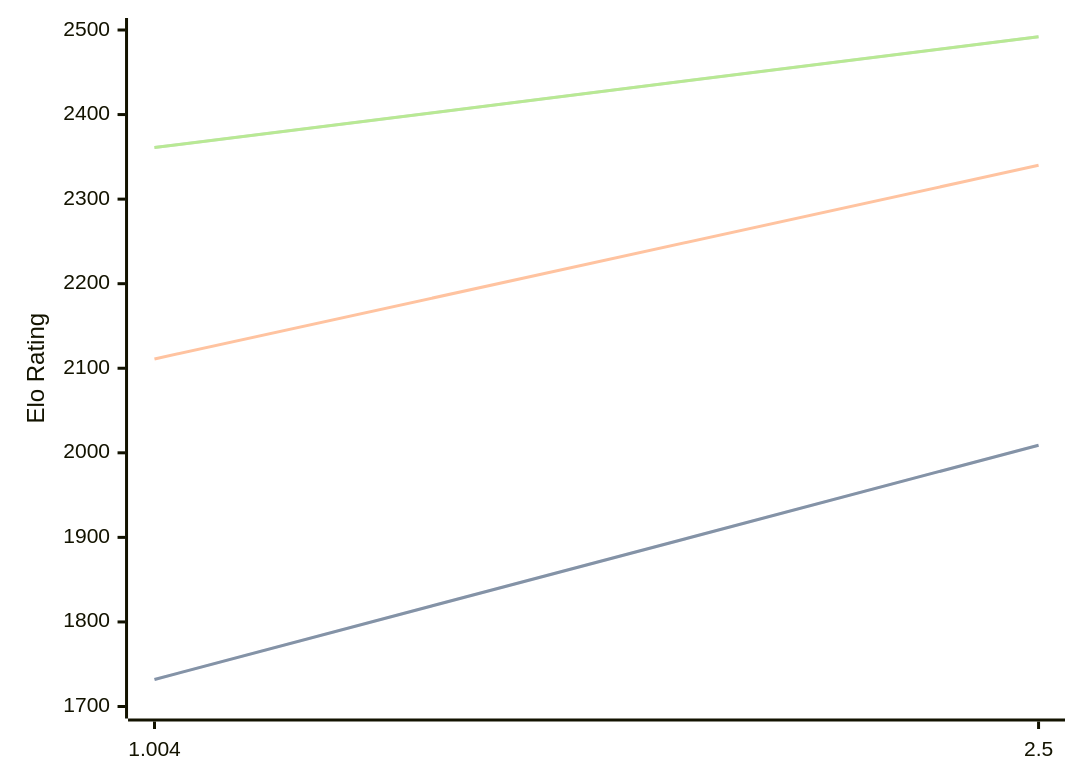
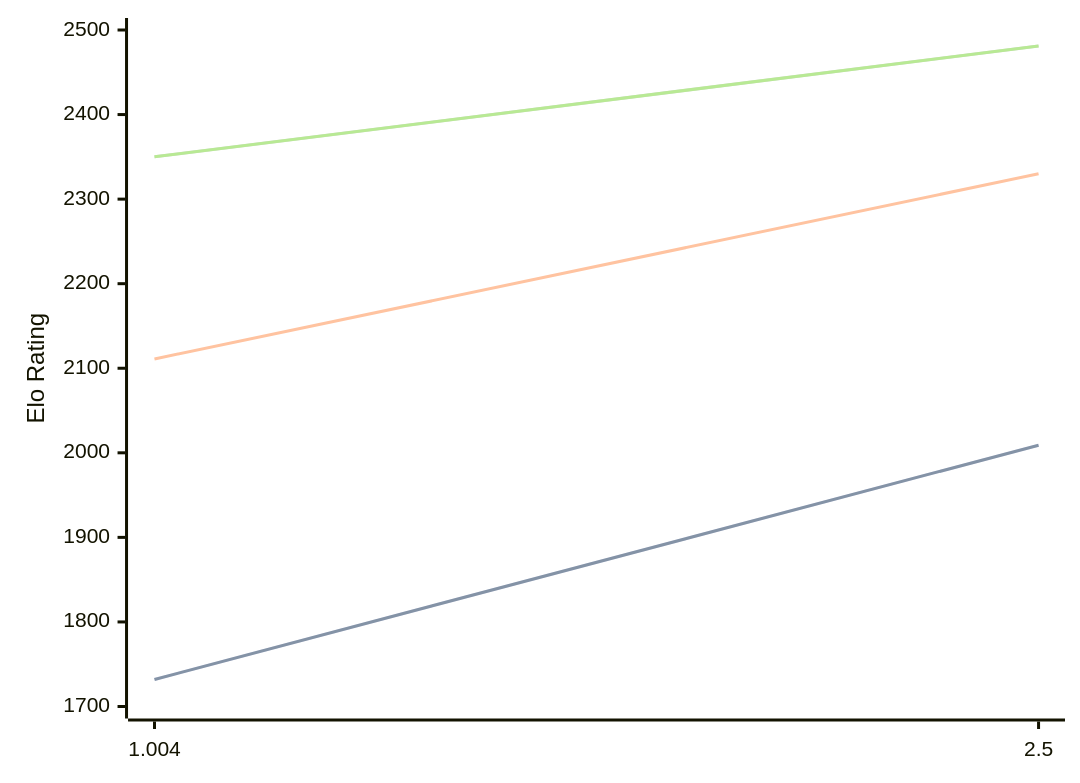
The diagram in engines/Ares.md (computer-chess-index/cci), drawn with Mermaid before and after one commit. The commit also changed other lines of this file, not shown here.

Commit message:
Update CCI Ratings (ELO VLTC) - 2026-03-19

````diff
--- a/engines/Ares.md
+++ b/engines/Ares.md
@@ -30,11 +30,11 @@
 ```mermaid
 %%{init: {"theme":"base","themeVariables":{"seriesColors:['#a3a3a3','#222221','#faa371']}}}%%
 xychart-beta
   x-axis ["1.004", "2.5"]
   y-axis "Elo Rating" 1700 --> 2500
   line "STC (8.0+0.08s)" [1732, 2009]
   line "STC (8.0+0.08s)" [1732, 2009]
-  line "LTC (60.0+0.60s)" [2111, 2340]
-  line "VLTC (2m24s+1.12s)" [2361, 2492]
-  line "VLTC (2m24s+1.12s)" [2361, 2492]
+  line "LTC (60.0+0.60s)" [2111, 2330]
+  line "VLTC (2m24s+1.12s)" [2350, 2481]
+  line "VLTC (2m24s+1.12s)" [2350, 2481]
 ```
````
